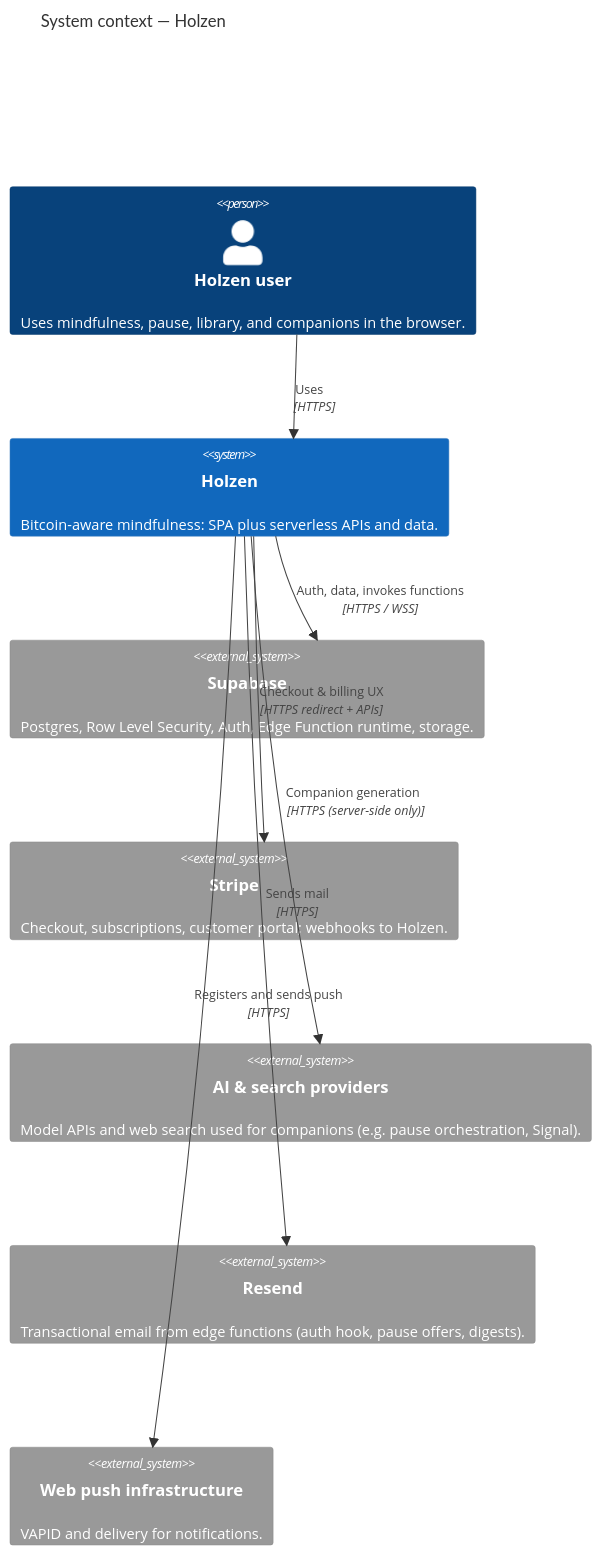
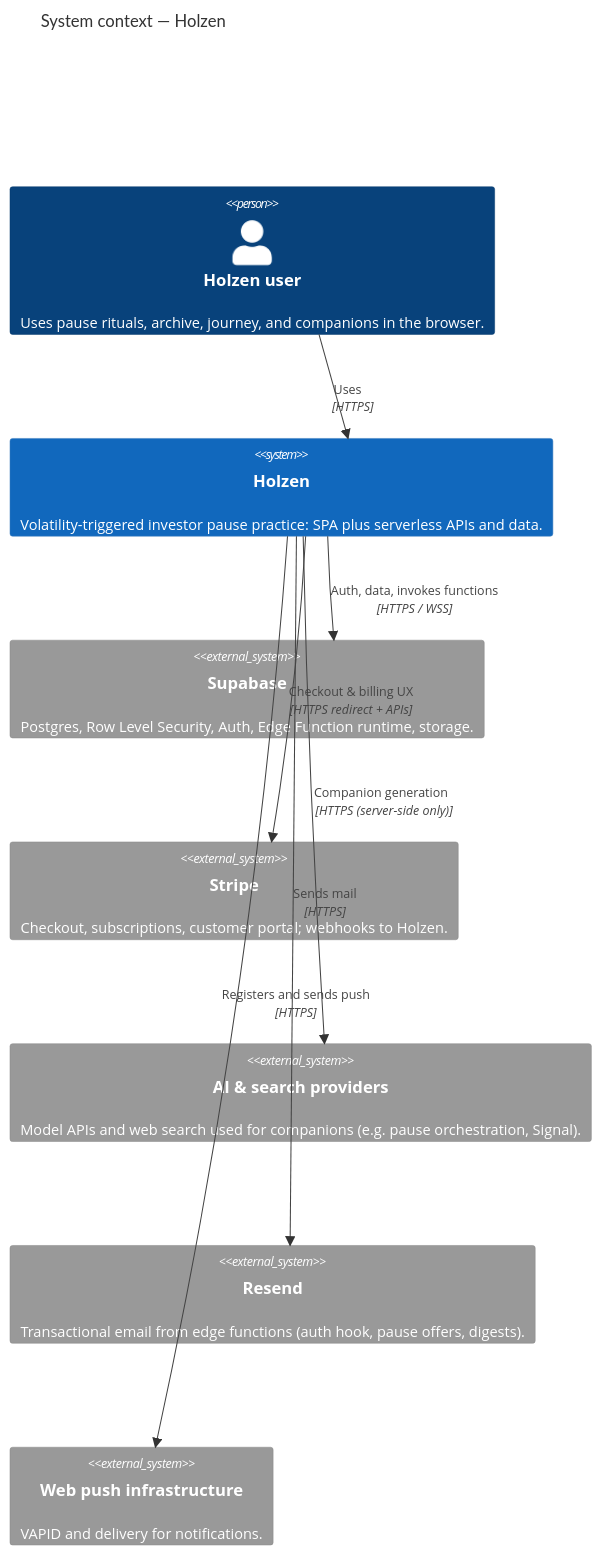
Before and after one commit to Angelguirao/holzen: the first of 2 diagrams in docs/architecture/c4-holzen.md, drawn with Mermaid. The commit also changed 40 other files, not shown here.

````diff
--- a/docs/architecture/c4-holzen.md
+++ b/docs/architecture/c4-holzen.md
@@ -15,23 +15,23 @@
 ```mermaid
 C4Context
 title System context — Holzen
 
-Person(user, "Holzen user", "Uses mindfulness, pause, library, and companions in the browser.")
+Person(user, "Holzen user", "Uses pause rituals, archive, journey, and companions in the browser.")
 
-System(holzen, "Holzen", "Bitcoin-aware mindfulness: SPA plus serverless APIs and data.")
+System(holzen, "Holzen", "Volatility-triggered investor pause practice: SPA plus serverless APIs and data.")
 
 System_Ext(supabase, "Supabase", "Postgres, Row Level Security, Auth, Edge Function runtime, storage.")
 System_Ext(stripe, "Stripe", "Checkout, subscriptions, customer portal; webhooks to Holzen.")
 System_Ext(ai, "AI & search providers", "Model APIs and web search used for companions (e.g. pause orchestration, Signal).")
 System_Ext(email, "Resend", "Transactional email from edge functions (auth hook, pause offers, digests).")
 System_Ext(push, "Web push infrastructure", "VAPID and delivery for notifications.")
 
 Rel(user, holzen, "Uses", "HTTPS")
 Rel(holzen, supabase, "Auth, data, invokes functions", "HTTPS / WSS")
 Rel(holzen, stripe, "Checkout & billing UX", "HTTPS redirect + APIs")
 Rel(holzen, ai, "Companion generation", "HTTPS (server-side only)")
 Rel(holzen, email, "Sends mail", "HTTPS")
 Rel(holzen, push, "Registers and sends push", "HTTPS")
 
 UpdateLayoutConfig($c4ShapeInRow="3", $c4BoundaryInRow="1")
 ```
````
